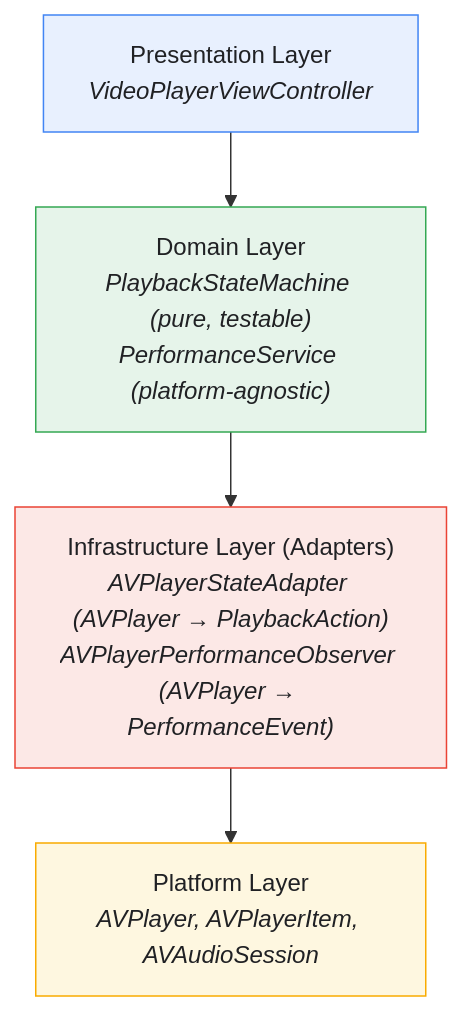
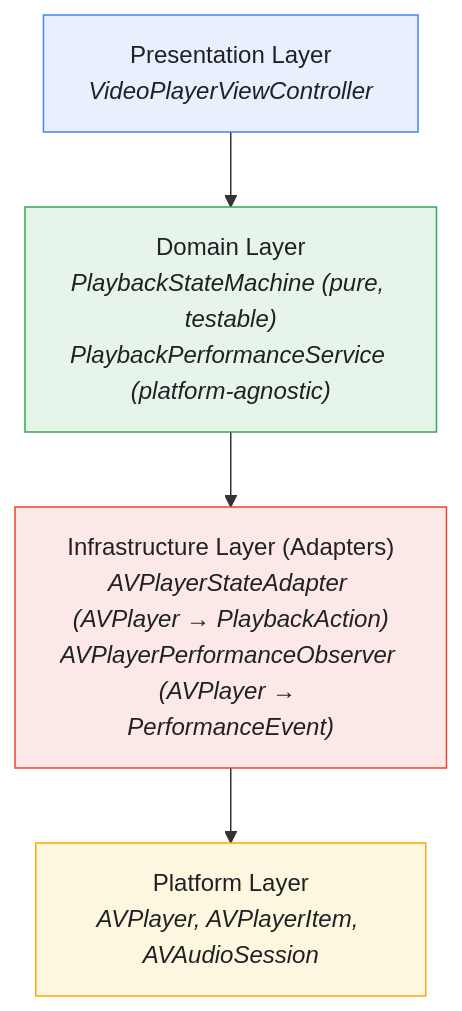
One commit to tattva20/StreamingVideoApp changed the second of 2 diagrams in docs/features/AVPLAYER-INTEGRATION.md. Above: the diagram before and after it, drawn with Mermaid. The commit also changed other lines of this file and 43 other files, not shown here.

````diff
--- a/docs/features/AVPLAYER-INTEGRATION.md
+++ b/docs/features/AVPLAYER-INTEGRATION.md
@@ -440,17 +444,17 @@
 ```mermaid
 flowchart TB
     P["Presentation Layer<br/><i>VideoPlayerViewController</i>"]
-    D["Domain Layer<br/><i>PlaybackStateMachine (pure, testable)<br/>PerformanceService (platform-agnostic)</i>"]
+    D["Domain Layer<br/><i>PlaybackStateMachine (pure, testable)<br/>PlaybackPerformanceService (platform-agnostic)</i>"]
     I["Infrastructure Layer (Adapters)<br/><i>AVPlayerStateAdapter (AVPlayer &rarr; PlaybackAction)<br/>AVPlayerPerformanceObserver (AVPlayer &rarr; PerformanceEvent)</i>"]
     PL["Platform Layer<br/><i>AVPlayer, AVPlayerItem, AVAudioSession</i>"]
     P --> D --> I --> PL
 
     classDef app fill:#e8f0fe,stroke:#4285f4,color:#202124;
     classDef core fill:#e6f4ea,stroke:#34a853,color:#202124;
     classDef impure fill:#fce8e6,stroke:#ea4335,color:#202124;
     classDef neutral fill:#fef7e0,stroke:#f9ab00,color:#202124;
     class P app;
     class D core;
     class I impure;
     class PL neutral;
 ```
````
